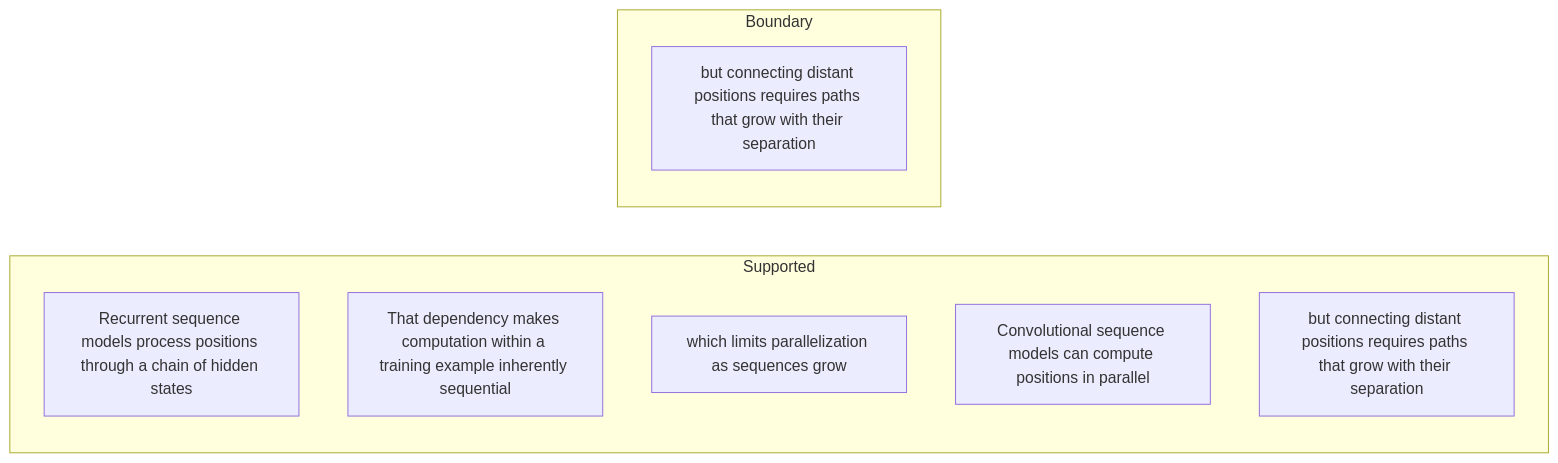
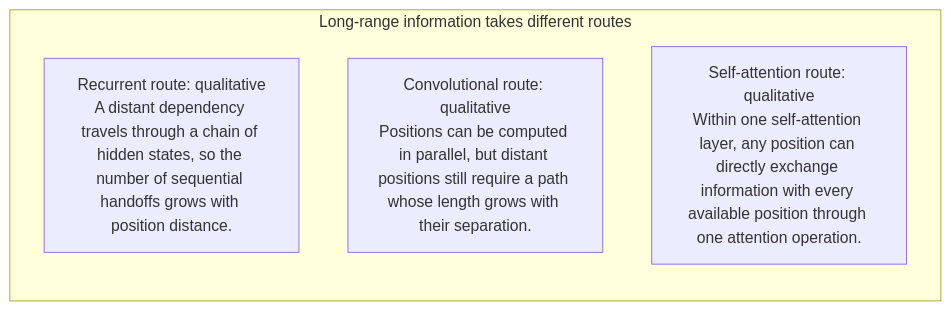
One commit to Betancourt1/paper_atlas changed the third of 54 diagrams in docs/visual-manifests/VISUAL_MANIFEST_ATTENTION_IS_ALL_YOU_NEED.md. Above: the diagram before and after it, drawn with Mermaid. The commit also changed other lines of this file and 7 other files, not shown here.

````diff
--- a/docs/visual-manifests/VISUAL_MANIFEST_ATTENTION_IS_ALL_YOU_NEED.md
+++ b/docs/visual-manifests/VISUAL_MANIFEST_ATTENTION_IS_ALL_YOU_NEED.md
@@ -207,13 +202,8 @@
 ```mermaid
 flowchart LR
-  subgraph Supported
-    a1["Recurrent sequence models process positions through a chain of hidden states"]
-    a2["That dependency makes computation within a training example inherently sequential"]
-    a3["which limits parallelization as sequences grow"]
-    a4["Convolutional sequence models can compute positions in parallel"]
-    a5["but connecting distant positions requires paths that grow with their separation"]
-  end
-  subgraph Boundary
-    b1["but connecting distant positions requires paths that grow with their separation"]
+  subgraph p1["Long-range information takes different routes"]
+    p1r1["Recurrent route: qualitative<br/>A distant dependency travels through a chain of hidden states, so the number of sequential handoffs grows with position distance."]
+    p1r2["Convolutional route: qualitative<br/>Positions can be computed in parallel, but distant positions still require a path whose length grows with their separation."]
+    p1r3["Self-attention route: qualitative<br/>Within one self-attention layer, any position can directly exchange information with every available position through one attention operation."]
   end
 ```
````
